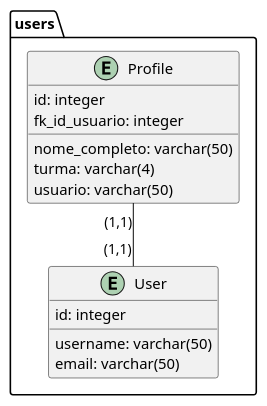
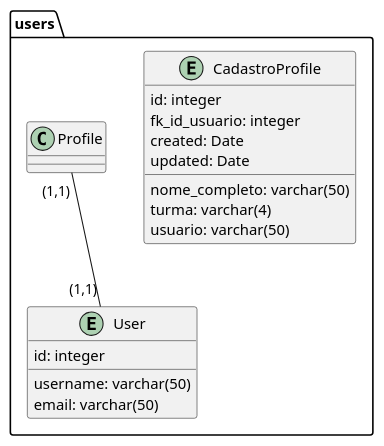
Before and after one commit to flavianowilliams/progressus: the diagram in docs/relationship_diagram.puml, drawn with PlantUML. The commit also changed 9 other files, not shown here.

```diff
--- a/docs/relationship_diagram.puml
+++ b/docs/relationship_diagram.puml
@@ -1,17 +1,19 @@
 @startuml PROGRESSUS
 package users{
     entity User{
         id: integer
         username: varchar(50)
         email: varchar(50)
     }
-    entity Profile{
+    entity CadastroProfile{
         id: integer
         nome_completo: varchar(50)
         turma: varchar(4)
         usuario: varchar(50)
         fk_id_usuario: integer
+        created: Date
+        updated: Date
     }
     Profile "(1,1)" -- "(1,1)" User
 }
 @enduml
```
